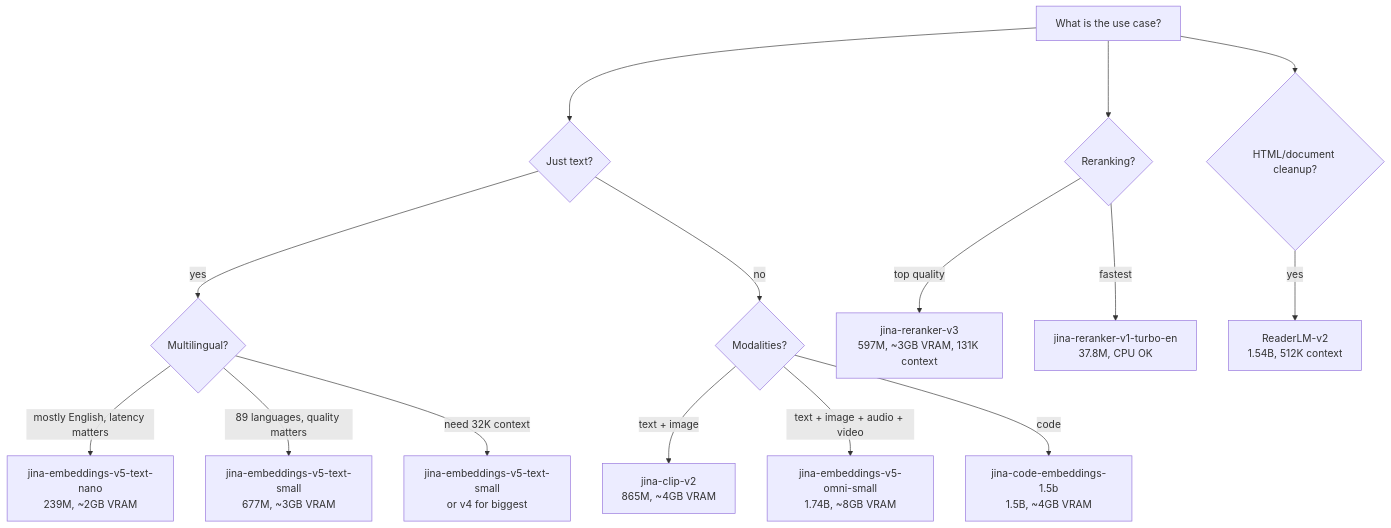
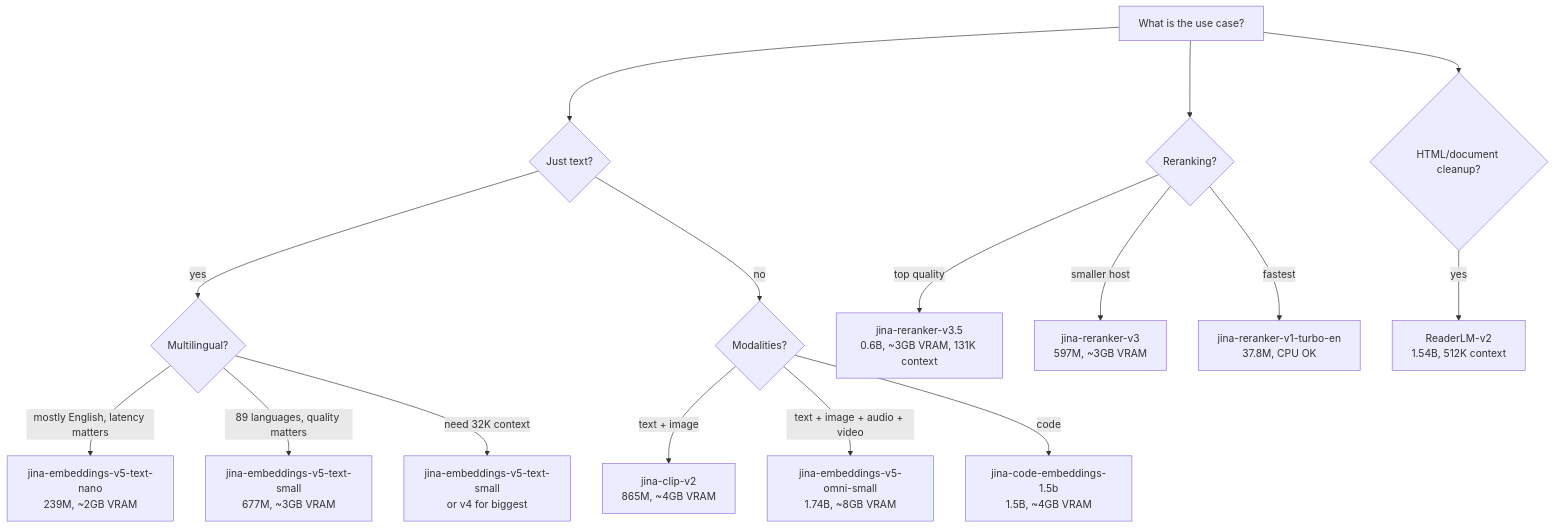
Before and after one commit to ash9146/jina-on-prem: the first of 2 diagrams in docs/Picking-A-Model.md, drawn with Mermaid. The commit also changed other lines of this file and 20 other files, not shown here.

First line of the commit message:
feat: add jina-reranker-v3.5 (#42)

````diff
--- a/docs/Picking-A-Model.md
+++ b/docs/Picking-A-Model.md
@@ -3,28 +3,30 @@
 ```mermaid
 flowchart TD
     A[What is the use case?] --> B{Just text?}
     B -- yes --> C{Multilingual?}
     B -- no --> D{Modalities?}
     C -- mostly English, latency matters --> M1[jina-embeddings-v5-text-nano
 239M, ~2GB VRAM]
     C -- 89 languages, quality matters --> M2[jina-embeddings-v5-text-small
 677M, ~3GB VRAM]
     C -- need 32K context --> M3[jina-embeddings-v5-text-small
 or v4 for biggest]
     D -- text + image --> M4[jina-clip-v2
 865M, ~4GB VRAM]
     D -- text + image + audio + video --> M5[jina-embeddings-v5-omni-small
 1.74B, ~8GB VRAM]
     D -- code --> M6[jina-code-embeddings-1.5b
 1.5B, ~4GB VRAM]
 
     A --> E{Reranking?}
-    E -- top quality --> R1[jina-reranker-v3
-597M, ~3GB VRAM, 131K context]
+    E -- top quality --> R1[jina-reranker-v3.5
+0.6B, ~3GB VRAM, 131K context]
+    E -- smaller host --> R3[jina-reranker-v3
+597M, ~3GB VRAM]
     E -- fastest --> R2[jina-reranker-v1-turbo-en
 37.8M, CPU OK]
 
     A --> F{HTML/document cleanup?}
     F -- yes --> RD1[ReaderLM-v2
 1.54B, 512K context]
 ```
````
